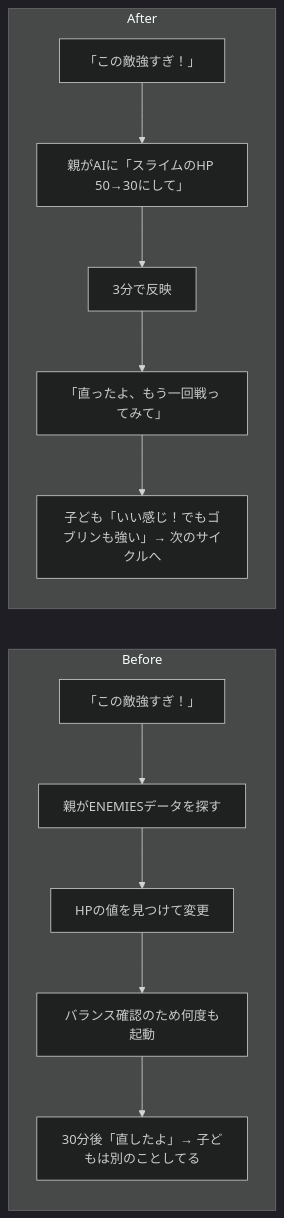
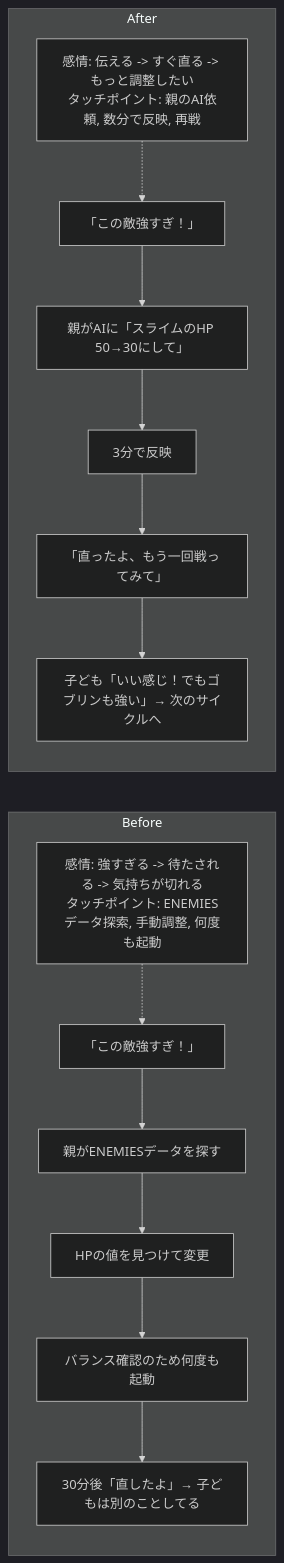
The tenth of 42 diagrams in docs/product-requirements/customer-journeys.md (tatsuro-ueda/code-quest-pyxel), drawn with Mermaid (dark theme) before and after one commit. The commit also changed other lines of this file and 23 other files, not shown here.

````diff
--- a/docs/product-requirements/customer-journeys.md
+++ b/docs/product-requirements/customer-journeys.md
@@ -194,15 +232,19 @@
 ```mermaid
 flowchart LR
     subgraph Before["Before"]
+        BM["感情: 強すぎる -> 待たされる -> 気持ちが切れる<br/>タッチポイント: ENEMIESデータ探索, 手動調整, 何度も起動"]
+        BM -.-> B1
         B1[「この敵強すぎ！」] --> B2[親がENEMIESデータを探す]
         B2 --> B3[HPの値を見つけて変更]
         B3 --> B4[バランス確認のため何度も起動]
         B4 --> B5[30分後「直したよ」→ 子どもは別のことしてる]
     end
     subgraph After["After"]
+        AM["感情: 伝える -> すぐ直る -> もっと調整したい<br/>タッチポイント: 親のAI依頼, 数分で反映, 再戦"]
+        AM -.-> A1
         A1[「この敵強すぎ！」] --> A2[親がAIに「スライムのHP 50→30にして」]
         A2 --> A3[3分で反映]
         A3 --> A4[「直ったよ、もう一回戦ってみて」]
         A4 --> A5[子ども「いい感じ！でもゴブリンも強い」→ 次のサイクルへ]
     end
 ```
````
